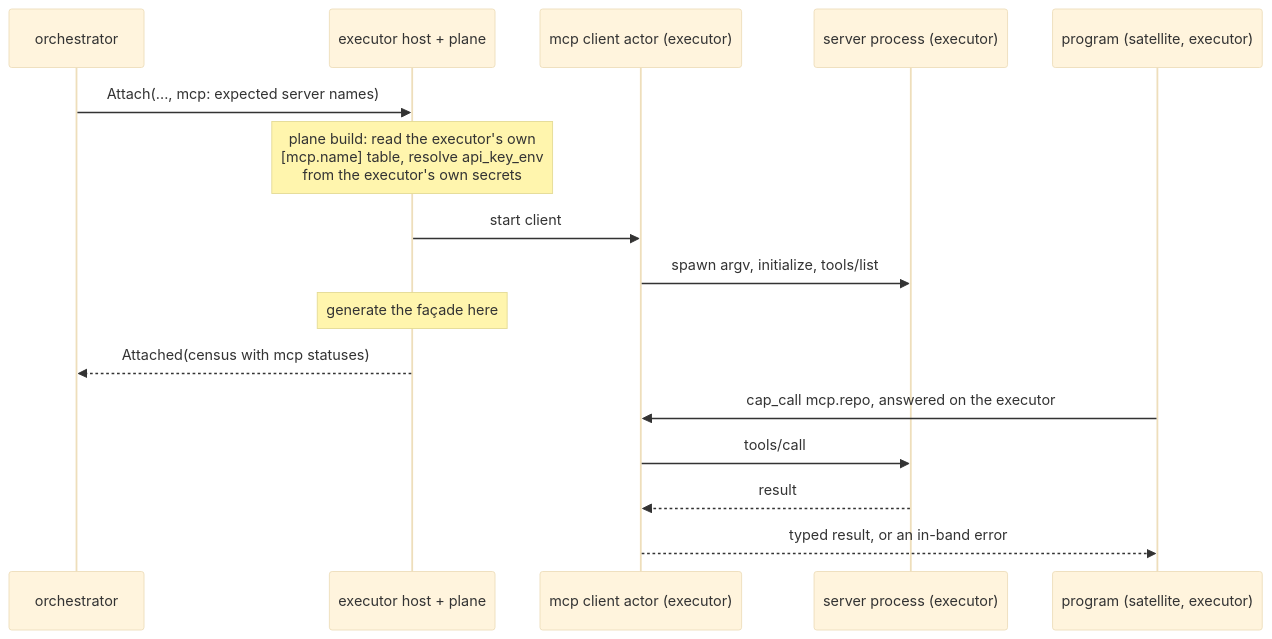
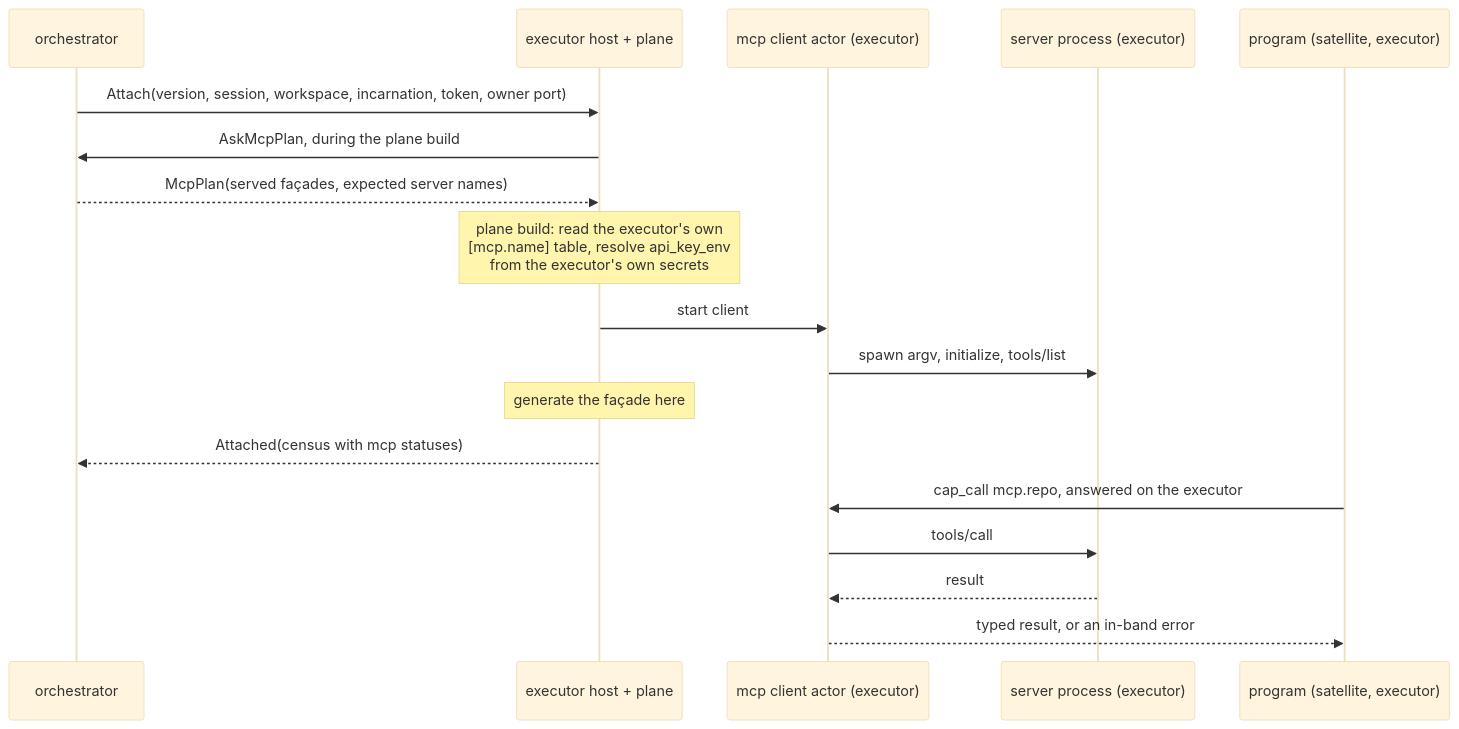
One commit to Roasbeef/loom changed the fifth of 5 diagrams in docs/architecture/distributed.md. Above: the diagram before and after it, drawn with Mermaid (base theme). The commit also changed other lines of this file and 6 other files, not shown here.

````diff
--- a/docs/architecture/distributed.md
+++ b/docs/architecture/distributed.md
@@ -855,18 +863,20 @@
 ```mermaid
 sequenceDiagram
     participant O as orchestrator
     participant H as executor host + plane
     participant C as mcp client actor (executor)
     participant S as server process (executor)
     participant P as program (satellite, executor)
-    O->>H: Attach(..., mcp: expected server names)
+    O->>H: Attach(version, session, workspace, incarnation, token, owner port)
+    H->>O: AskMcpPlan, during the plane build
+    O-->>H: McpPlan(served façades, expected server names)
     Note over H: plane build: read the executor's own<br/>[mcp.name] table, resolve api_key_env<br/>from the executor's own secrets
     H->>C: start client
     C->>S: spawn argv, initialize, tools/list
     Note over H: generate the façade here
     H-->>O: Attached(census with mcp statuses)
     P->>C: cap_call mcp.repo, answered on the executor
     C->>S: tools/call
     S-->>C: result
     C-->>P: typed result, or an in-band error
 ```
````
